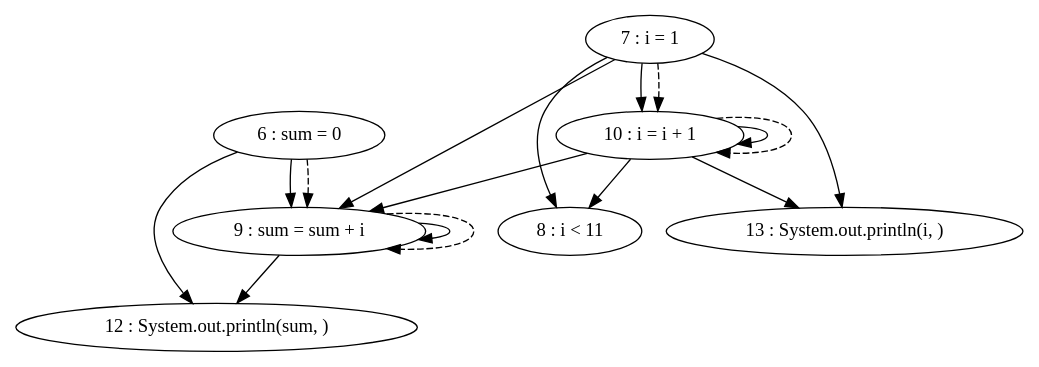
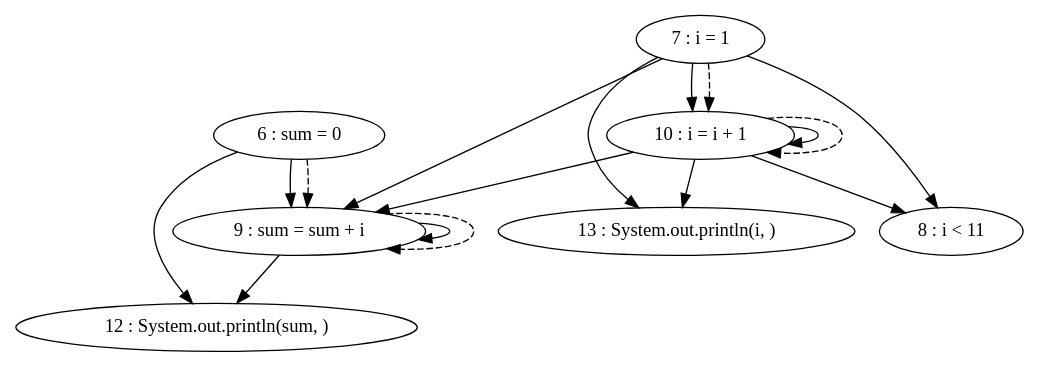
The diagram in pdg/source/testFiles/PDGSample-print.gv (thomassimko/thesis-code-duplication), drawn with Graphviz before and after one commit. The commit also changed other lines of this file and 107 other files, not shown here.

```diff
--- a/pdg/source/testFiles/PDGSample-print.gv
+++ b/pdg/source/testFiles/PDGSample-print.gv
@@ -1,26 +1,26 @@
 digraph G {
 "6 : sum = 0"
 "6 : sum = 0" -> "9 : sum = sum + i"
 "6 : sum = 0" -> "12 : System.out.println(sum, )"
 "6 : sum = 0" -> "9 : sum = sum + i" [style=dashed]
 "7 : i = 1"
 "7 : i = 1" -> "9 : sum = sum + i"
-"7 : i = 1" -> "13 : System.out.println(i, )"
 "7 : i = 1" -> "8 : i < 11"
 "7 : i = 1" -> "10 : i = i + 1"
+"7 : i = 1" -> "13 : System.out.println(i, )"
 "7 : i = 1" -> "10 : i = i + 1" [style=dashed]
 "8 : i < 11"
 "9 : sum = sum + i"
 "9 : sum = sum + i" -> "9 : sum = sum + i"
 "9 : sum = sum + i" -> "12 : System.out.println(sum, )"
 "9 : sum = sum + i" -> "9 : sum = sum + i" [style=dashed]
 "10 : i = i + 1"
 "10 : i = i + 1" -> "9 : sum = sum + i"
+"10 : i = i + 1" -> "8 : i < 11"
+"10 : i = i + 1" -> "10 : i = i + 1"
 "10 : i = i + 1" -> "13 : System.out.println(i, )"
-"10 : i = i + 1" -> "10 : i = i + 1"
-"10 : i = i + 1" -> "8 : i < 11"
 "10 : i = i + 1" -> "10 : i = i + 1" [style=dashed]
 "8 : i < 11"
 "12 : System.out.println(sum, )"
 "13 : System.out.println(i, )"
 }
```
